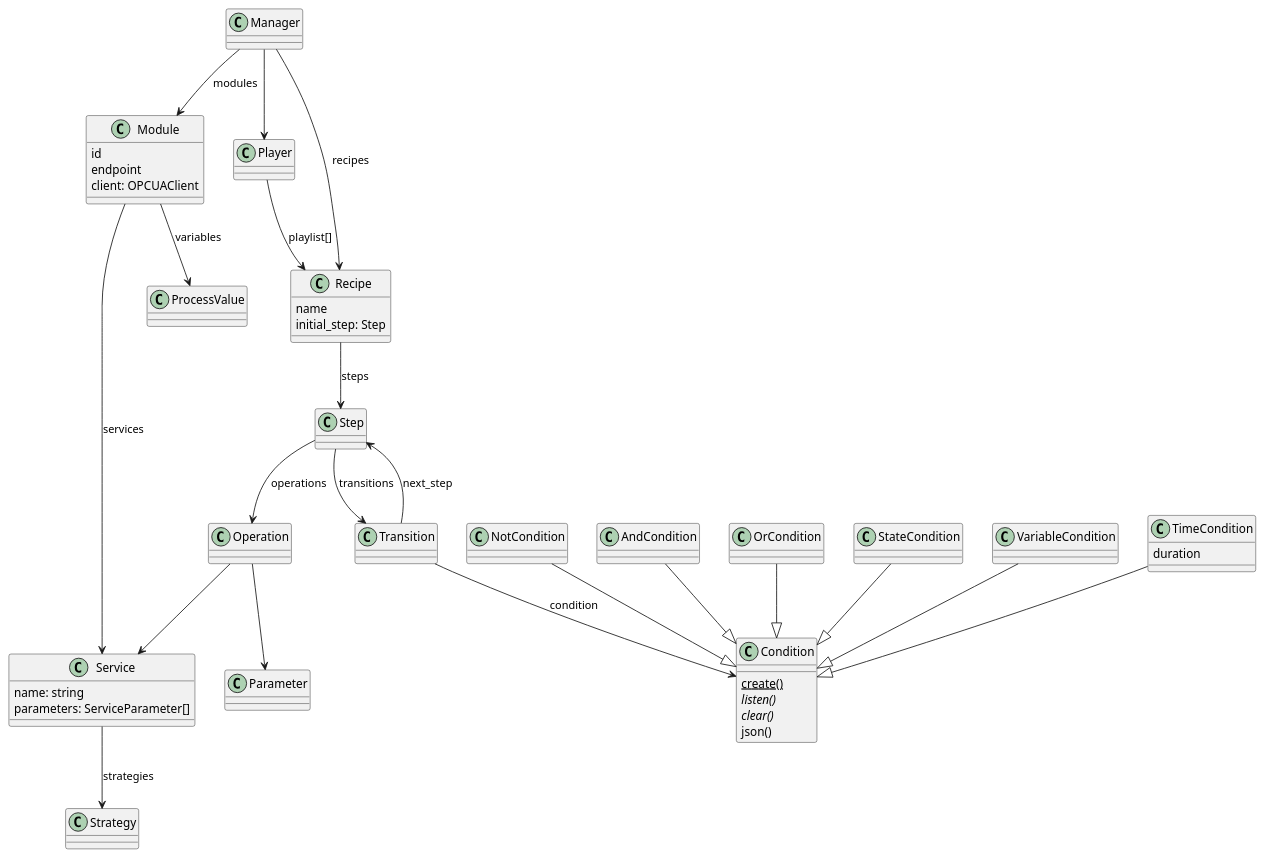
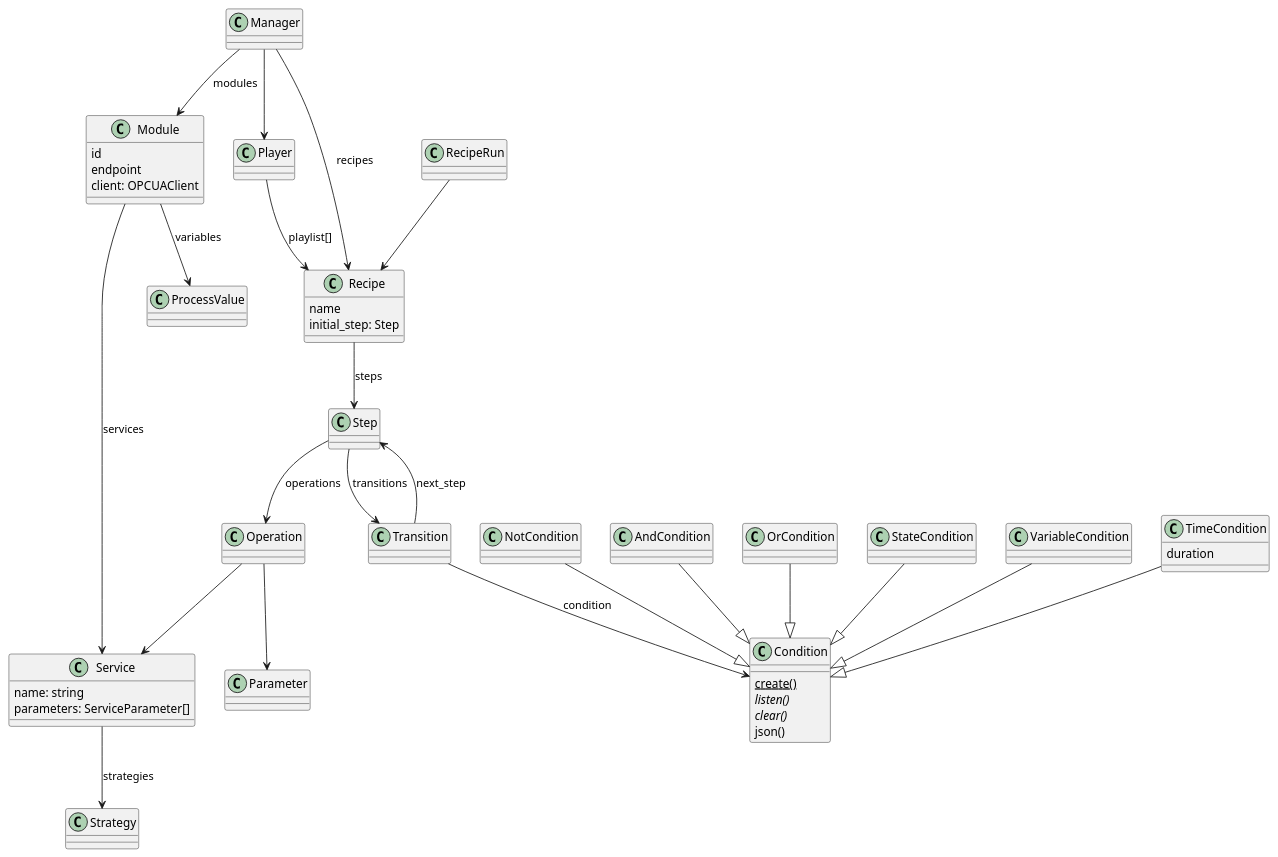
The diagram in classdiagram.puml (p2o-lab/polaris-backend), drawn with PlantUML before and after one commit.

```diff
--- a/classdiagram.puml
+++ b/classdiagram.puml
@@ -1,67 +1,69 @@
 @startuml
 
 class Manager
 class Module {
     id
     endpoint
     client: OPCUAClient
 }
 class Operation
 class Parameter
 class Player
 
 Player --> Recipe : playlist[]
 class Recipe {
     name
     initial_step: Step
 }
+class RecipeRun
+RecipeRun --> Recipe
 class Service {
     name: string
     parameters: ServiceParameter[]
 }
 class ProcessValue
 class Strategy
 class Condition{
     {static} create()
     {abstract} listen()
     {abstract} clear()
     json()
 }
 
 class NotCondition
 class AndCondition
 class OrCondition
 class StateCondition
 class VariableCondition
 class TimeCondition {
     duration
 }
 
 NotCondition --|> Condition
 AndCondition --|> Condition
 OrCondition --|> Condition
 TimeCondition --|> Condition
 VariableCondition --|> Condition
 StateCondition --|> Condition
 
 
 Manager --> Module : modules
 Manager --> Recipe : recipes
 Manager --> Player
 
 Module --> Service: services
 Module --> ProcessValue : variables
 
 Service --> Strategy : strategies
 
 Recipe --> Step: steps
 Step --> Operation : operations
 Step --> Transition: transitions
 
 Transition --> Step : next_step
 Transition --> Condition: condition
 
 Operation --> Service
 Operation --> Parameter
 
 @enduml
```
